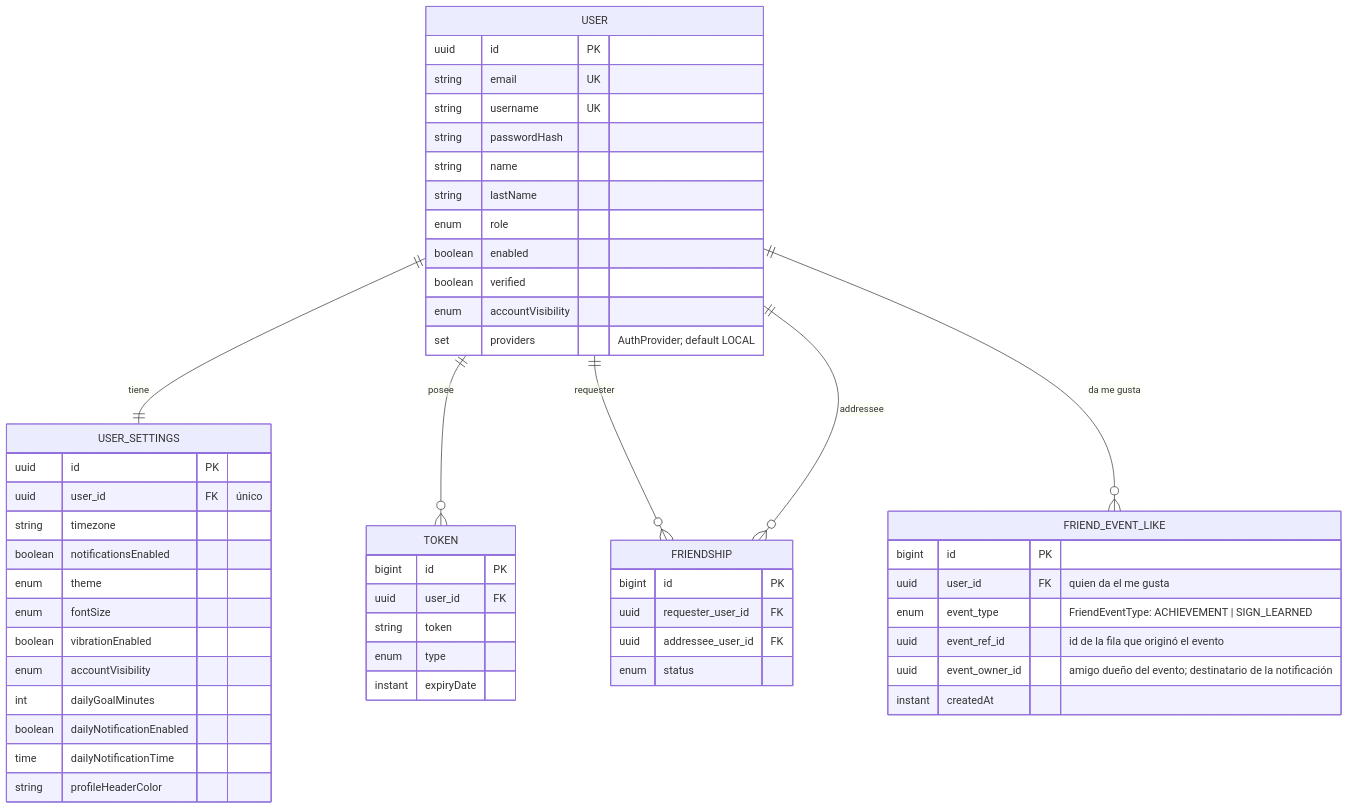
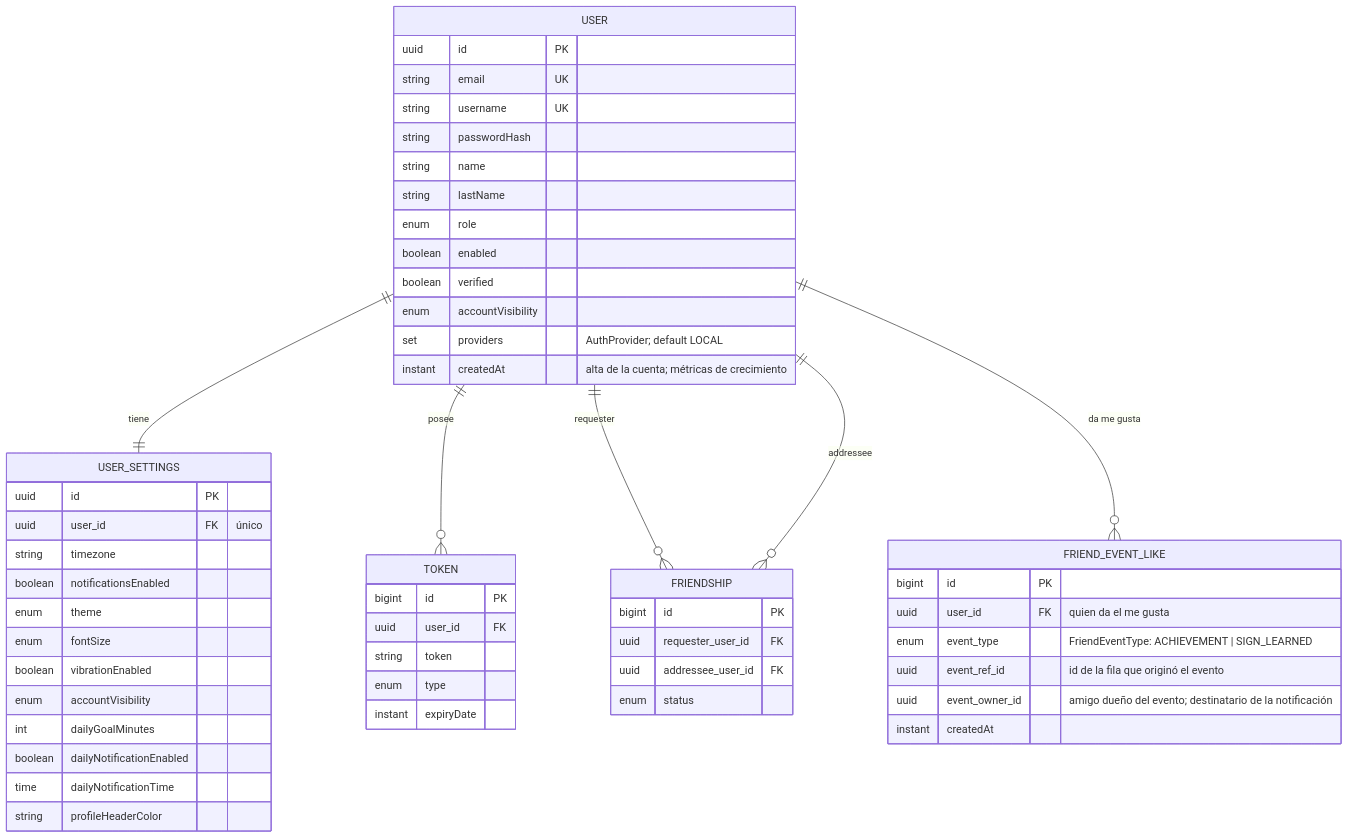
One commit to signasource/signa-api changed the first of 9 diagrams in docs/diagrams/er.md. Above: the diagram before and after it, drawn with Mermaid. The commit also changed 28 other files, not shown here.

````diff
--- a/docs/diagrams/er.md
+++ b/docs/diagrams/er.md
@@ -14,57 +14,58 @@
 ```mermaid
 erDiagram
     USER ||--|| USER_SETTINGS : tiene
     USER ||--o{ TOKEN : posee
     USER ||--o{ FRIENDSHIP : "requester"
     USER ||--o{ FRIENDSHIP : "addressee"
     USER ||--o{ FRIEND_EVENT_LIKE : "da me gusta"
 
     USER {
         uuid id PK
         string email UK
         string username UK
         string passwordHash
         string name
         string lastName
         enum role
         boolean enabled
         boolean verified
         enum accountVisibility
         set providers "AuthProvider; default LOCAL"
+        instant createdAt "alta de la cuenta; métricas de crecimiento"
     }
     USER_SETTINGS {
         uuid id PK
         uuid user_id FK "único"
         string timezone
         boolean notificationsEnabled
         enum theme
         enum fontSize
         boolean vibrationEnabled
         enum accountVisibility
         int dailyGoalMinutes
         boolean dailyNotificationEnabled
         time dailyNotificationTime
         string profileHeaderColor
     }
     TOKEN {
         bigint id PK
         uuid user_id FK
         string token
         enum type
         instant expiryDate
     }
     FRIENDSHIP {
         bigint id PK
         uuid requester_user_id FK
         uuid addressee_user_id FK
         enum status
     }
     FRIEND_EVENT_LIKE {
         bigint id PK
         uuid user_id FK "quien da el me gusta"
         enum event_type "FriendEventType: ACHIEVEMENT | SIGN_LEARNED"
         uuid event_ref_id "id de la fila que originó el evento"
         uuid event_owner_id "amigo dueño del evento; destinatario de la notificación"
         instant createdAt
     }
 ```
````
